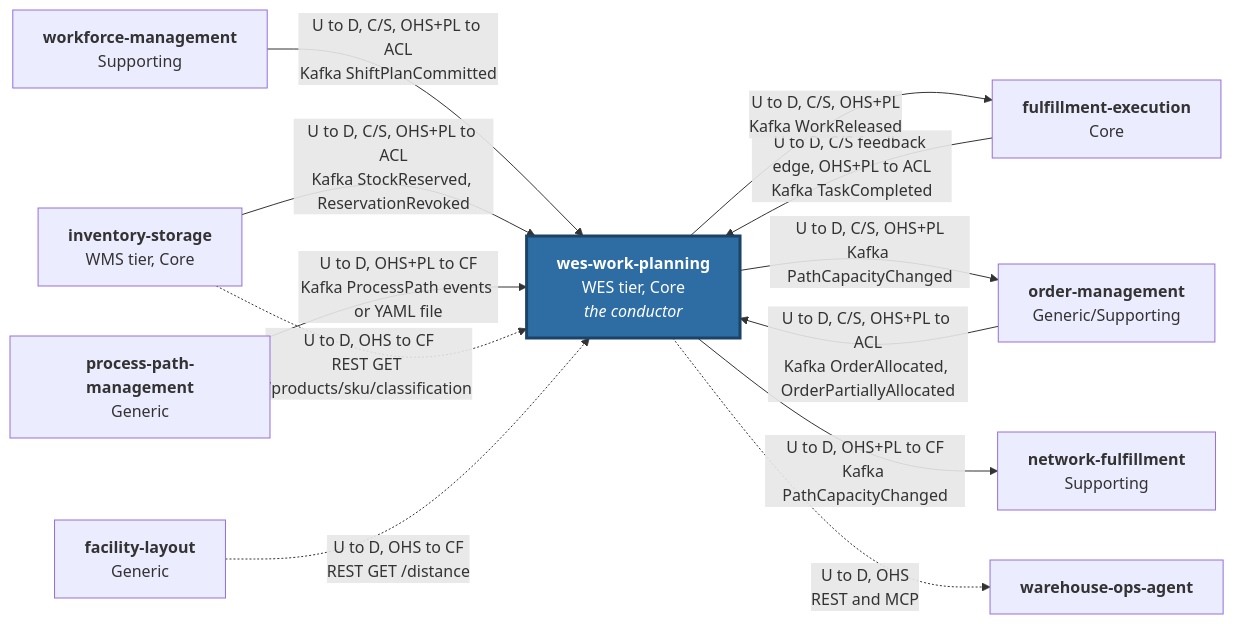
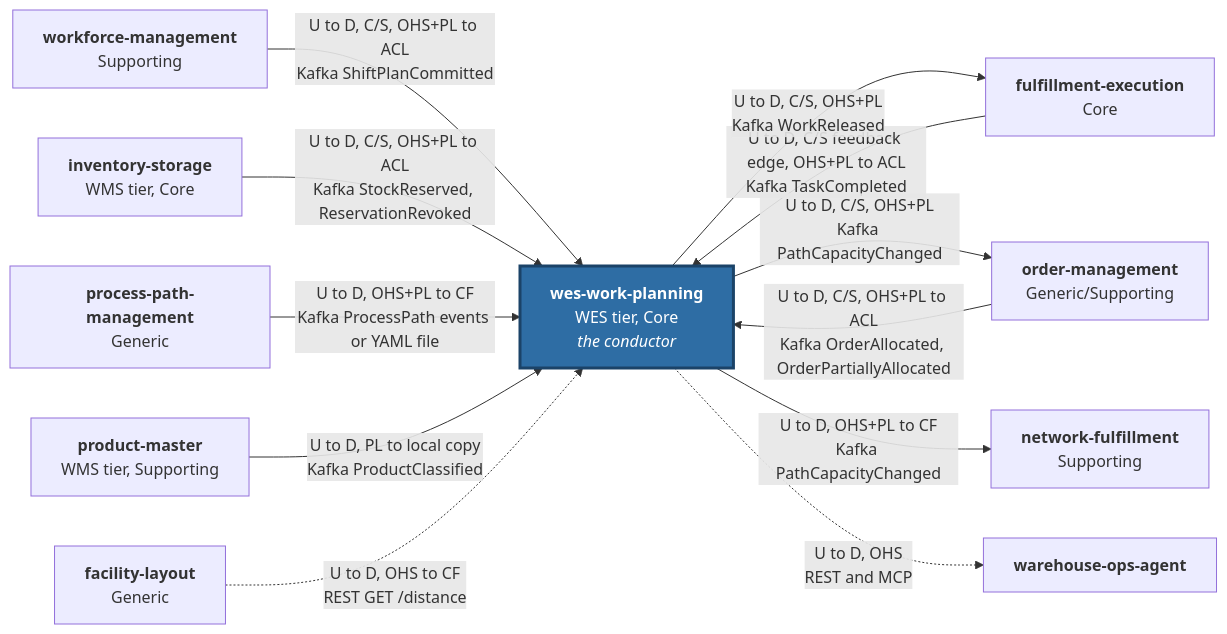
The first of 2 diagrams in docs/contexts/wes-work-planning/context-map.md (IQVO/warehouse-docs), drawn with Mermaid before and after one commit. The commit also changed other lines of this file and 118 other files, not shown here.

````diff
--- a/docs/contexts/wes-work-planning/context-map.md
+++ b/docs/contexts/wes-work-planning/context-map.md
@@ -28,26 +28,27 @@
 ```mermaid
 flowchart LR
     WM["<b>workforce-management</b><br/>Supporting"]
     INV["<b>inventory-storage</b><br/>WMS tier, Core"]
     OM["<b>order-management</b><br/>Generic/Supporting"]
     PPM["<b>process-path-management</b><br/>Generic"]
     FL["<b>facility-layout</b><br/>Generic"]
     WP["<b>wes-work-planning</b><br/>WES tier, Core<br/><i>the conductor</i>"]
     FE["<b>fulfillment-execution</b><br/>Core"]
     NF["<b>network-fulfillment</b><br/>Supporting"]
+    PM["<b>product-master</b><br/>WMS tier, Supporting"]
     AG["<b>warehouse-ops-agent</b>"]
 
     WM -- "U to D, C/S, OHS+PL to ACL<br/>Kafka ShiftPlanCommitted" --> WP
     INV -- "U to D, C/S, OHS+PL to ACL<br/>Kafka StockReserved, ReservationRevoked" --> WP
     OM -- "U to D, C/S, OHS+PL to ACL<br/>Kafka OrderAllocated, OrderPartiallyAllocated" --> WP
     PPM -- "U to D, OHS+PL to CF<br/>Kafka ProcessPath events or YAML file" --> WP
+    PM -- "U to D, PL to local copy<br/>Kafka ProductClassified" --> WP
     FE -- "U to D, C/S feedback edge, OHS+PL to ACL<br/>Kafka TaskCompleted" --> WP
     WP -- "U to D, C/S, OHS+PL<br/>Kafka WorkReleased" --> FE
     WP -- "U to D, C/S, OHS+PL<br/>Kafka PathCapacityChanged" --> OM
     WP -- "U to D, OHS+PL to CF<br/>Kafka PathCapacityChanged" --> NF
-    INV -. "U to D, OHS to CF<br/>REST GET /products/sku/classification" .-> WP
     FL -. "U to D, OHS to CF<br/>REST GET /distance" .-> WP
     WP -. "U to D, OHS<br/>REST and MCP" .-> AG
 
     style WP fill:#2e6da4,color:#ffffff,stroke:#1b4368,stroke-width:3px
 ```
````
